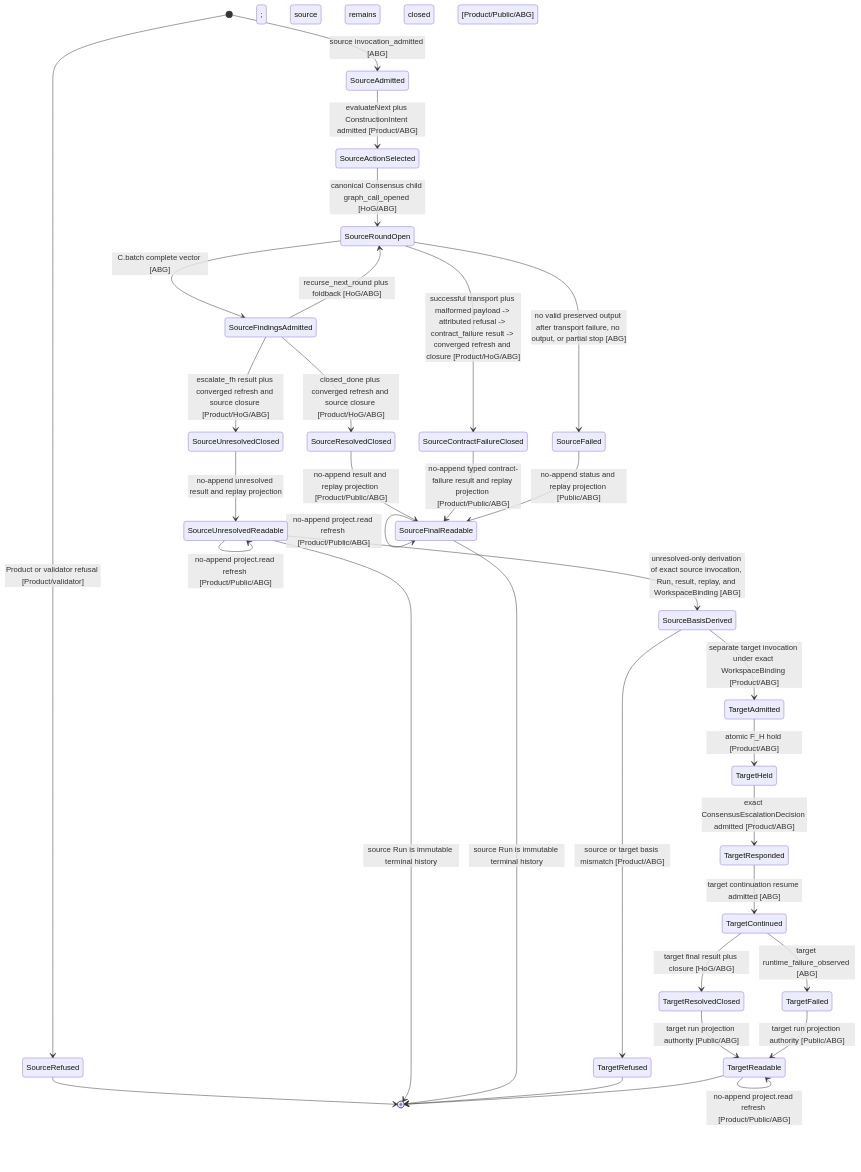
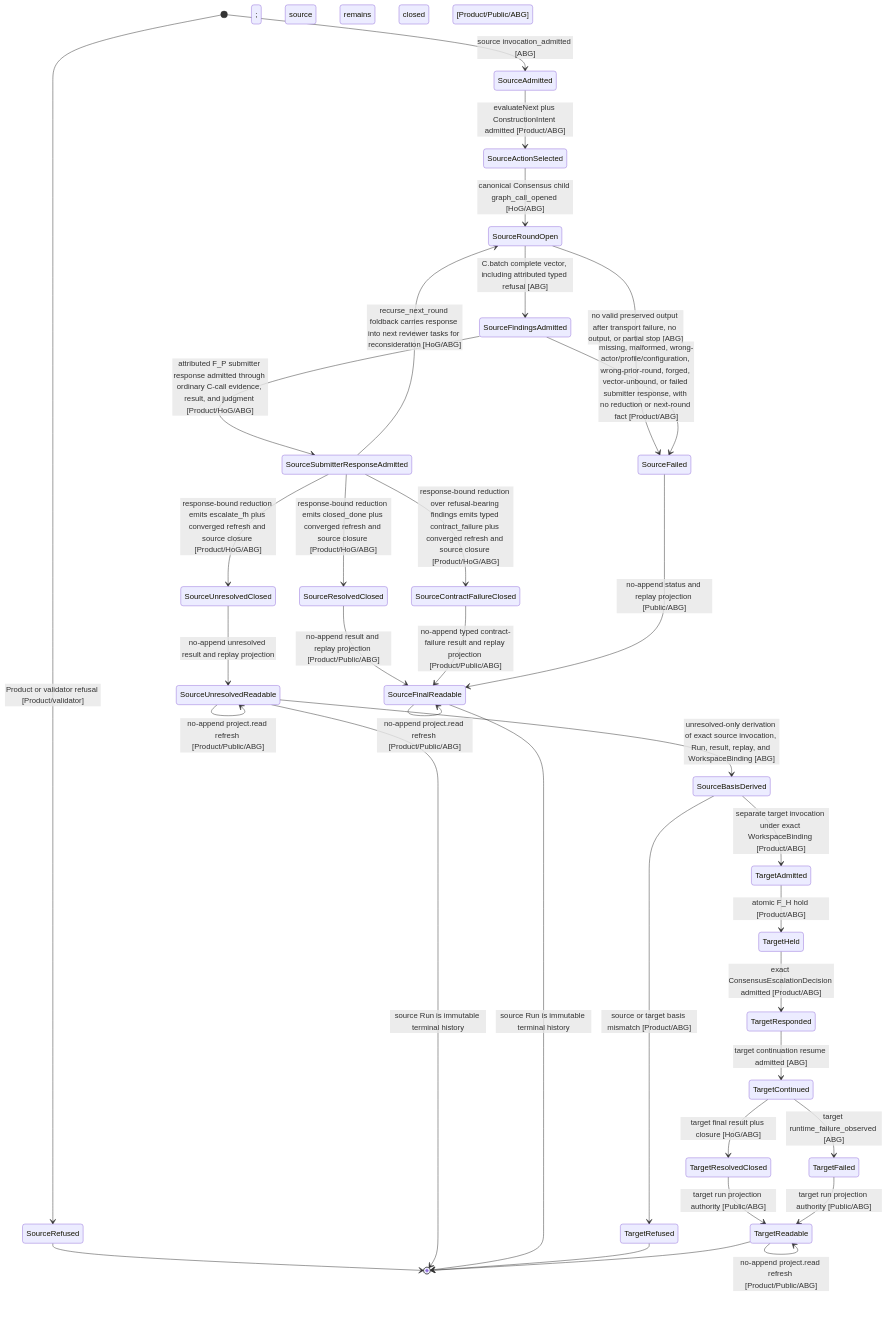
Before and after one commit to foolishimp/abiogenesis: the tenth of 10 diagrams in build_tenants/abiogenesis/typescript/design/M05_DIRECT_GTL_TRAVERSAL_EXPANSION_DESIGN.md, drawn with Mermaid. The commit also changed other lines of this file and 18 other files, not shown here.

Commit message:
fix(t270): bind submitter response before consensus recursion

````diff
--- a/build_tenants/abiogenesis/typescript/design/M05_DIRECT_GTL_TRAVERSAL_EXPANSION_DESIGN.md
+++ b/build_tenants/abiogenesis/typescript/design/M05_DIRECT_GTL_TRAVERSAL_EXPANSION_DESIGN.md
@@ -2904,35 +3045,37 @@
 ```mermaid
 stateDiagram-v2
   [*] --> SourceRefused: Product or validator refusal [Product/validator]
   [*] --> SourceAdmitted: source invocation_admitted [ABG]
   SourceAdmitted --> SourceActionSelected: evaluateNext plus ConstructionIntent admitted [Product/ABG]
   SourceActionSelected --> SourceRoundOpen: canonical Consensus child graph_call_opened [HoG/ABG]
-  SourceRoundOpen --> SourceFindingsAdmitted: C.batch complete vector [ABG]
-  SourceRoundOpen --> SourceContractFailureClosed: successful transport plus malformed payload -> attributed refusal -> contract_failure result -> converged refresh and closure [Product/HoG/ABG]
+  SourceRoundOpen --> SourceFindingsAdmitted: C.batch complete vector, including attributed typed refusal [ABG]
   SourceRoundOpen --> SourceFailed: no valid preserved output after transport failure, no output, or partial stop [ABG]
-  SourceFindingsAdmitted --> SourceRoundOpen: recurse_next_round plus foldback [HoG/ABG]
-  SourceFindingsAdmitted --> SourceUnresolvedClosed: escalate_fh result plus converged refresh and source closure [Product/HoG/ABG]
-  SourceFindingsAdmitted --> SourceResolvedClosed: closed_done plus converged refresh and source closure [Product/HoG/ABG]
+  SourceFindingsAdmitted --> SourceSubmitterResponseAdmitted: attributed F_P submitter response admitted through ordinary C-call evidence, result, and judgment [Product/HoG/ABG]
+  SourceFindingsAdmitted --> SourceFailed: missing, malformed, wrong-actor/profile/configuration, wrong-prior-round, forged, vector-unbound, or failed submitter response, with no reduction or next-round fact [Product/ABG]
+  SourceSubmitterResponseAdmitted --> SourceRoundOpen: recurse_next_round foldback carries response into next reviewer tasks for reconsideration [HoG/ABG]
+  SourceSubmitterResponseAdmitted --> SourceUnresolvedClosed: response-bound reduction emits escalate_fh plus converged refresh and source closure [Product/HoG/ABG]
+  SourceSubmitterResponseAdmitted --> SourceResolvedClosed: response-bound reduction emits closed_done plus converged refresh and source closure [Product/HoG/ABG]
+  SourceSubmitterResponseAdmitted --> SourceContractFailureClosed: response-bound reduction over refusal-bearing findings emits typed contract_failure plus converged refresh and source closure [Product/HoG/ABG]
   SourceUnresolvedClosed --> SourceUnresolvedReadable: no-append unresolved result and replay projection; source remains closed [Product/Public/ABG]
   SourceResolvedClosed --> SourceFinalReadable: no-append result and replay projection [Product/Public/ABG]
   SourceContractFailureClosed --> SourceFinalReadable: no-append typed contract-failure result and replay projection [Product/Public/ABG]
   SourceFailed --> SourceFinalReadable: no-append status and replay projection [Public/ABG]
   SourceUnresolvedReadable --> SourceUnresolvedReadable: no-append project.read refresh [Product/Public/ABG]
   SourceFinalReadable --> SourceFinalReadable: no-append project.read refresh [Product/Public/ABG]
   SourceUnresolvedReadable --> SourceBasisDerived: unresolved-only derivation of exact source invocation, Run, result, replay, and WorkspaceBinding [ABG]
   SourceBasisDerived --> TargetRefused: source or target basis mismatch [Product/ABG]
   SourceBasisDerived --> TargetAdmitted: separate target invocation under exact WorkspaceBinding [Product/ABG]
   TargetAdmitted --> TargetHeld: atomic F_H hold [Product/ABG]
   TargetHeld --> TargetResponded: exact ConsensusEscalationDecision admitted [Product/ABG]
   TargetResponded --> TargetContinued: target continuation resume admitted [ABG]
   TargetContinued --> TargetResolvedClosed: target final result plus closure [HoG/ABG]
   TargetContinued --> TargetFailed: target runtime_failure_observed [ABG]
   TargetResolvedClosed --> TargetReadable: target run projection authority [Public/ABG]
   TargetFailed --> TargetReadable: target run projection authority [Public/ABG]
   TargetReadable --> TargetReadable: no-append project.read refresh [Product/Public/ABG]
   SourceRefused --> [*]
   SourceUnresolvedReadable --> [*]: source Run is immutable terminal history
   SourceFinalReadable --> [*]: source Run is immutable terminal history
   TargetRefused --> [*]
   TargetReadable --> [*]
 ```
````
